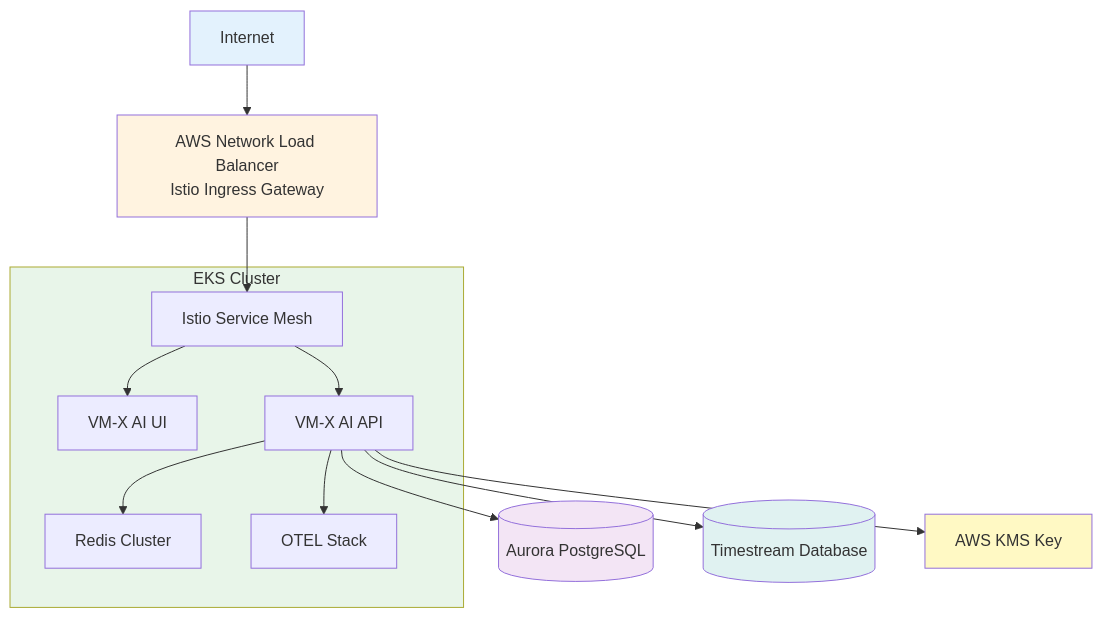
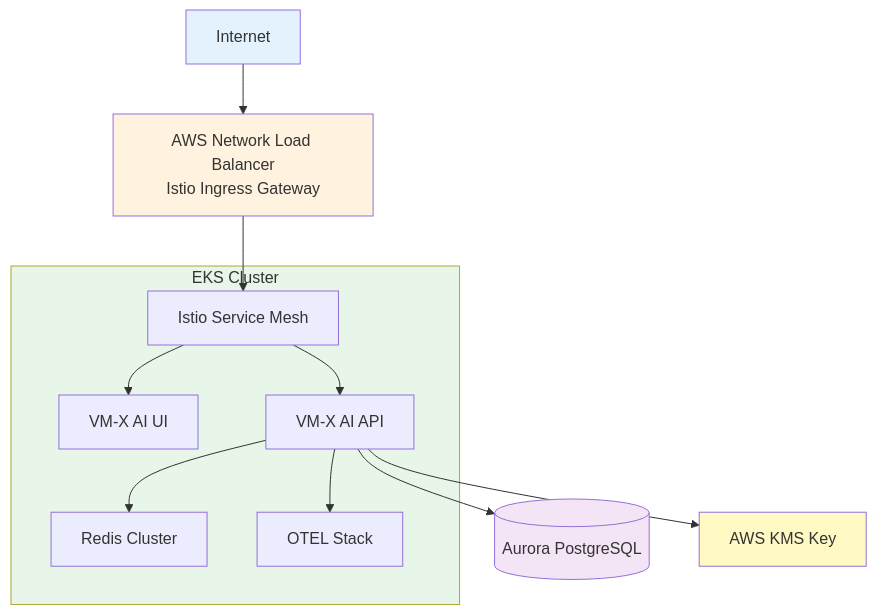
Before and after one commit to vm-x-ai/vm-x-ai: the diagram in docs/docs/deployment/aws-eks.md, drawn with Mermaid. The commit also changed other lines of this file and 687 other files, not shown here.

````diff
--- a/docs/docs/deployment/aws-eks.md
+++ b/docs/docs/deployment/aws-eks.md
@@ -144,35 +149,32 @@
 ```mermaid
 graph TB
     Internet[Internet]
     NLB[AWS Network Load Balancer<br/>Istio Ingress Gateway]
     EKS[EKS Cluster]
 
     subgraph EKS["EKS Cluster"]
         Istio[Istio Service Mesh]
         UI[VM-X AI UI]
         API[VM-X AI API]
         Redis[Redis Cluster]
         OTEL[OTEL Stack]
     end
 
     Aurora[(Aurora PostgreSQL)]
-    Timestream[(Timestream Database)]
     KMS[AWS KMS Key]
 
     Internet --> NLB
     NLB --> Istio
     Istio --> UI
     Istio --> API
     API --> Redis
     API --> OTEL
     API --> Aurora
-    API --> Timestream
     API --> KMS
 
     style Internet fill:#e3f2fd
     style NLB fill:#fff3e0
     style EKS fill:#e8f5e9
     style Aurora fill:#f3e5f5
-    style Timestream fill:#e0f2f1
     style KMS fill:#fff9c4
 ```
````
